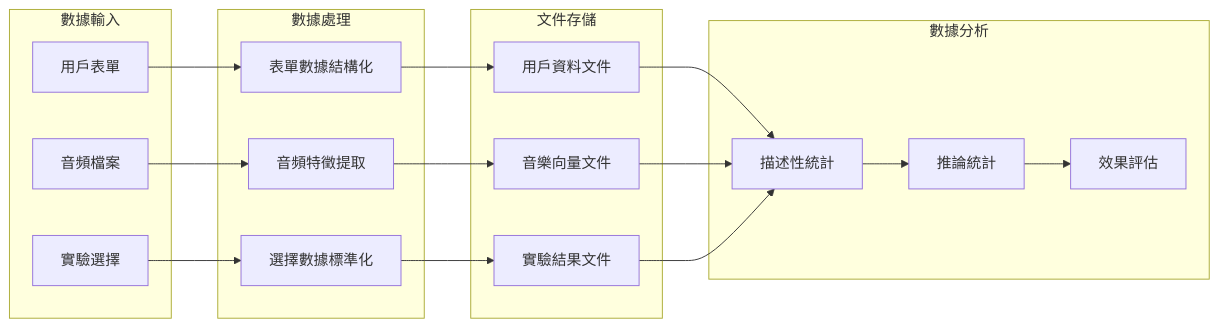
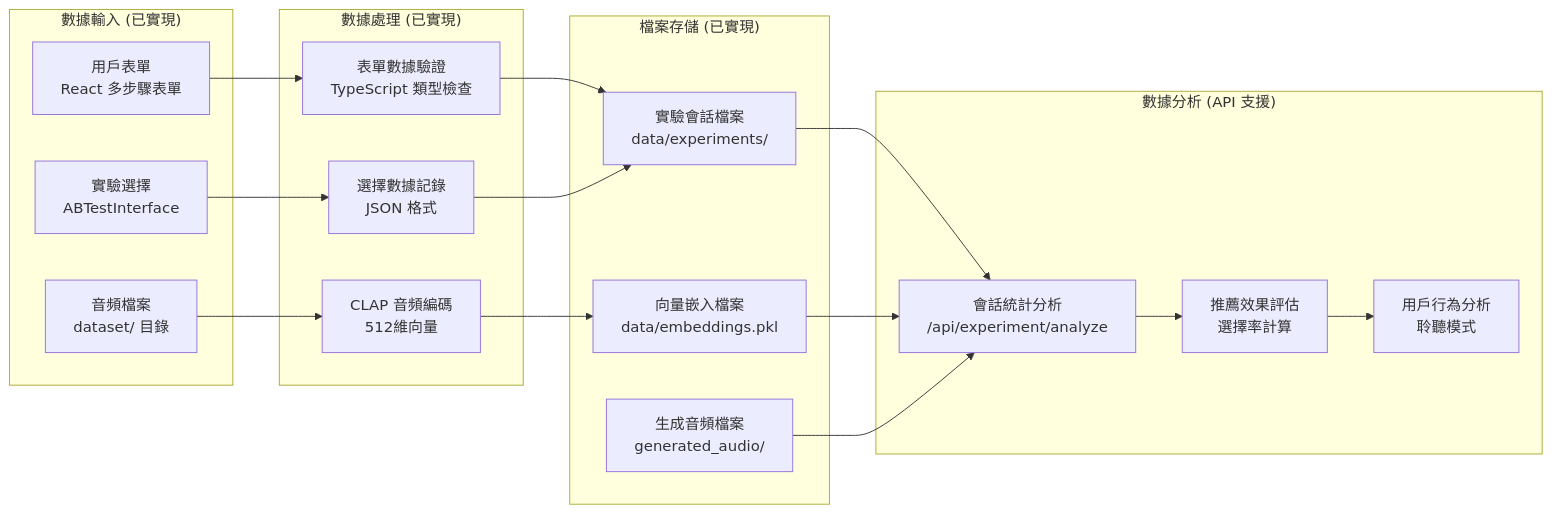
One commit to whats2000/sleep-recommendation-system changed diagram 12 of 13 in docs/RecommendationSystem.md. Above: the diagram before and after it, drawn with Mermaid. The commit also changed other lines of this file, not shown here.

````diff
--- a/docs/RecommendationSystem.md
+++ b/docs/RecommendationSystem.md
@@ -364,35 +468,36 @@
 ```mermaid
 flowchart LR
-    subgraph "數據輸入"
-        A[用戶表單]
-        B[音頻檔案]
-        C[實驗選擇]
+    subgraph "數據輸入 (已實現)"
+        A[用戶表單<br/>React 多步驟表單]
+        B[音頻檔案<br/>dataset/ 目錄]
+        C[實驗選擇<br/>ABTestInterface]
     end
-    
-    subgraph "數據處理"
-        D[表單數據結構化]
-        E[音頻特徵提取]
-        F[選擇數據標準化]
+
+    subgraph "數據處理 (已實現)"
+        D[表單數據驗證<br/>TypeScript 類型檢查]
+        E[CLAP 音頻編碼<br/>512維向量]
+        F[選擇數據記錄<br/>JSON 格式]
     end
-      subgraph "文件存儲"
-        G[用戶資料文件]
-        H[音樂向量文件]
-        I[實驗結果文件]
+
+    subgraph "檔案存儲 (已實現)"
+        G[實驗會話檔案<br/>data/experiments/]
+        H[向量嵌入檔案<br/>data/embeddings.pkl]
+        I[生成音頻檔案<br/>generated_audio/]
     end
-    
-    subgraph "數據分析"
-        J[描述性統計]
-        K[推論統計]
-        L[效果評估]
+
+    subgraph "數據分析 (API 支援)"
+        J[會話統計分析<br/>/api/experiment/analyze]
+        K[推薦效果評估<br/>選擇率計算]
+        L[用戶行為分析<br/>聆聽模式]
     end
-    
+
     A --> D --> G
     B --> E --> H
-    C --> F --> I
-    
+    C --> F --> G
+
     G --> J
     H --> J
     I --> J
-    
+
     J --> K --> L
 ```
````
